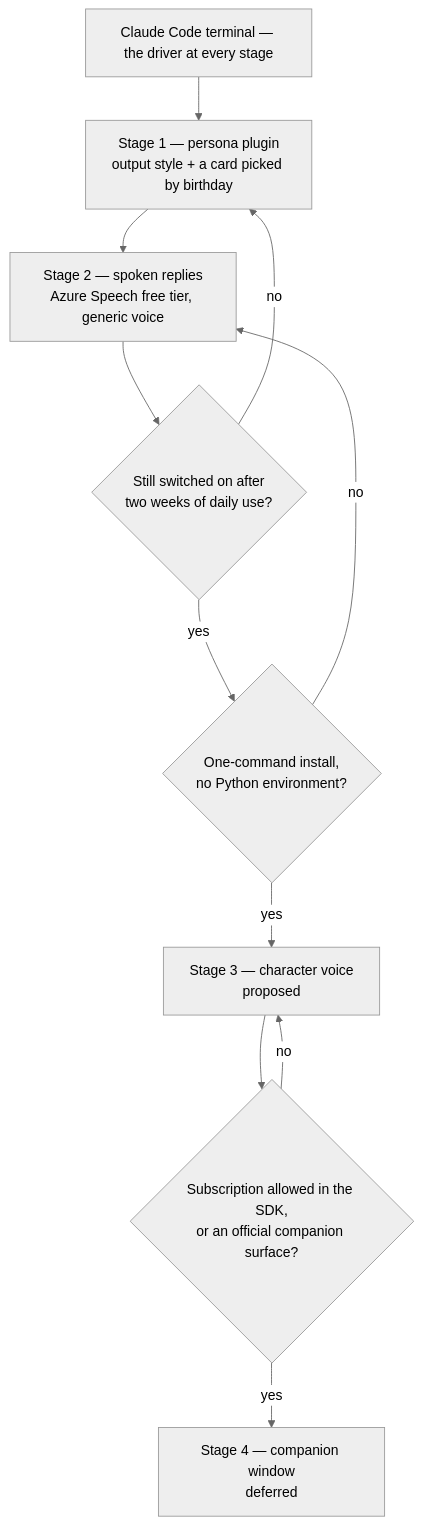
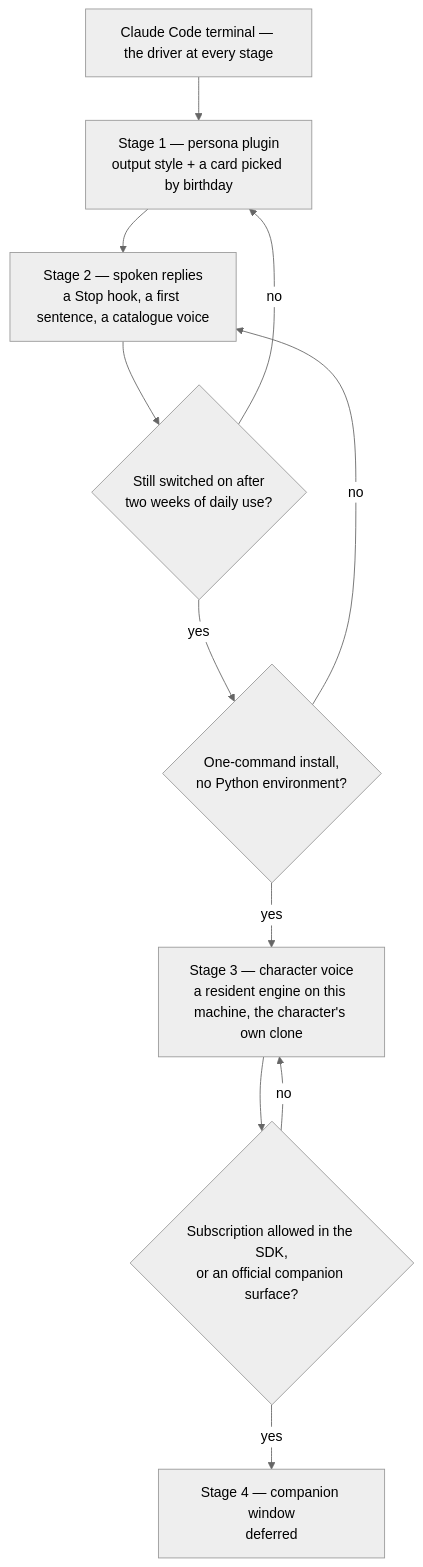
One commit to Esposter/Esposter changed the diagram in apps/web/content/docs/infra/claude-interface/index.md. Above: the diagram before and after it, drawn with Mermaid (neutral theme). The commit also changed other lines of this file and 17 other files, not shown here.

````diff
--- a/apps/web/content/docs/infra/claude-interface/index.md
+++ b/apps/web/content/docs/infra/claude-interface/index.md
@@ -32,22 +32,22 @@
 ```mermaid
 flowchart TD
     Terminal[Claude Code terminal — the driver at every stage]
     Persona[Stage 1 — persona plugin<br/>output style + a card picked by birthday]
-    Speak[Stage 2 — spoken replies<br/>Azure Speech free tier, generic voice]
-    Voice[Stage 3 — character voice<br/>proposed]
+    Speak[Stage 2 — spoken replies<br/>a Stop hook, a first sentence, a catalogue voice]
+    Voice[Stage 3 — character voice<br/>a resident engine on this machine, the character's own clone]
     Companion[Stage 4 — companion window<br/>deferred]
     Gate2{Still switched on after<br/>two weeks of daily use?}
     Gate3{One-command install,<br/>no Python environment?}
     Gate4{Subscription allowed in the SDK,<br/>or an official companion surface?}
 
     Terminal --> Persona
     Persona --> Speak
     Speak --> Gate2
     Gate2 -- yes --> Gate3
     Gate3 -- yes --> Voice
     Voice --> Gate4
     Gate4 -- yes --> Companion
     Gate2 -- no --> Persona
     Gate3 -- no --> Speak
     Gate4 -- no --> Voice
 ```
````
